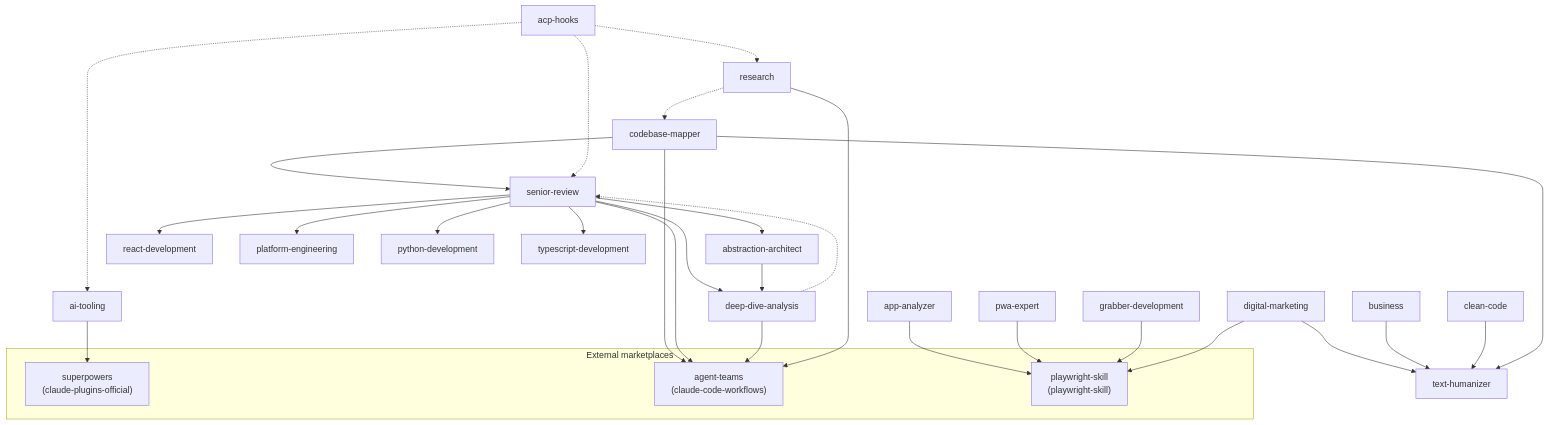
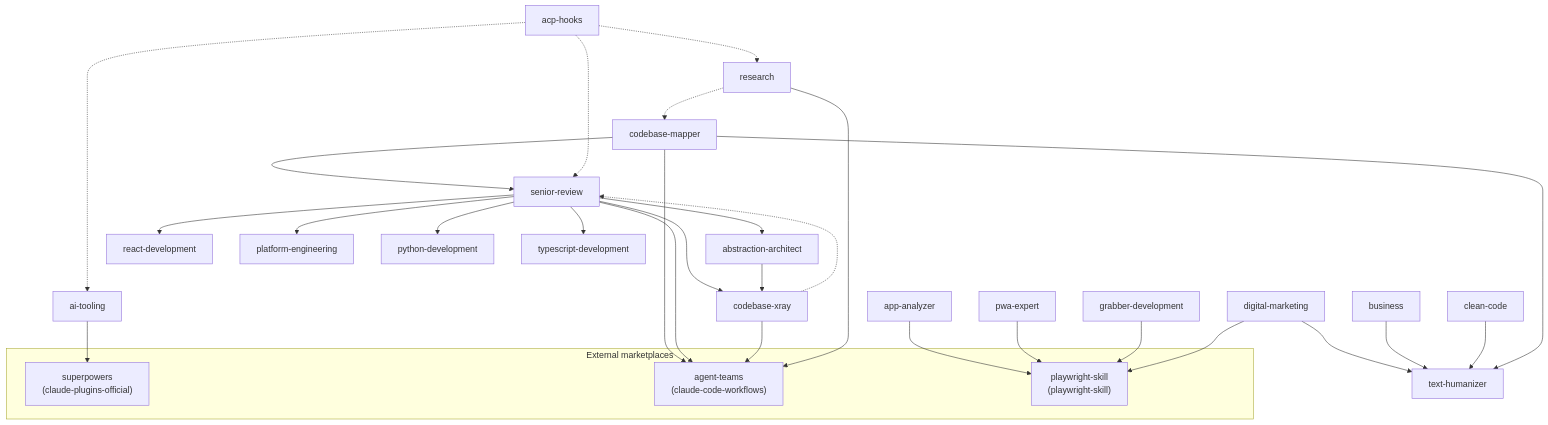
Before and after one commit to acaprino/alfio-claude-plugins: the diagram in README.md, drawn with Mermaid. The commit also changed other lines of this file and 79 other files, not shown here.

````diff
--- a/README.md
+++ b/README.md
@@ -127,54 +127,54 @@
 ```mermaid
 flowchart TD
     acphooks[acp-hooks]
     aitooling[ai-tooling]
     appanalyzer[app-analyzer]
     pwaexpert[pwa-expert]
     grabber[grabber-development]
     digitalmarketing[digital-marketing]
     business[business]
     cleancode[clean-code]
     research[research]
     codebasemapper[codebase-mapper]
     seniorreview[senior-review]
-    deepdive[deep-dive-analysis]
+    deepdive[codebase-xray]
     abstraction[abstraction-architect]
     texthumanizer[text-humanizer]
     reactdev[react-development]
     platformeng[platform-engineering]
     pythondev[python-development]
     tsdev[typescript-development]
 
     subgraph external [External marketplaces]
         superpowers["superpowers<br/>(claude-plugins-official)"]
         agentteams["agent-teams<br/>(claude-code-workflows)"]
         playwright["playwright-skill<br/>(playwright-skill)"]
     end
 
     aitooling --> superpowers
     appanalyzer --> playwright
     pwaexpert --> playwright
     grabber --> playwright
     digitalmarketing --> playwright
     digitalmarketing --> texthumanizer
     business --> texthumanizer
     cleancode --> texthumanizer
     codebasemapper --> texthumanizer
     codebasemapper --> agentteams
     codebasemapper --> seniorreview
     seniorreview --> agentteams
     seniorreview --> deepdive
     seniorreview --> abstraction
     seniorreview --> reactdev
     seniorreview --> platformeng
     seniorreview --> pythondev
     seniorreview --> tsdev
     abstraction --> deepdive
     deepdive --> agentteams
     deepdive -.-> seniorreview
     research --> agentteams
     research -.-> codebasemapper
     acphooks -.-> aitooling
     acphooks -.-> seniorreview
     acphooks -.-> research
 ```
````
